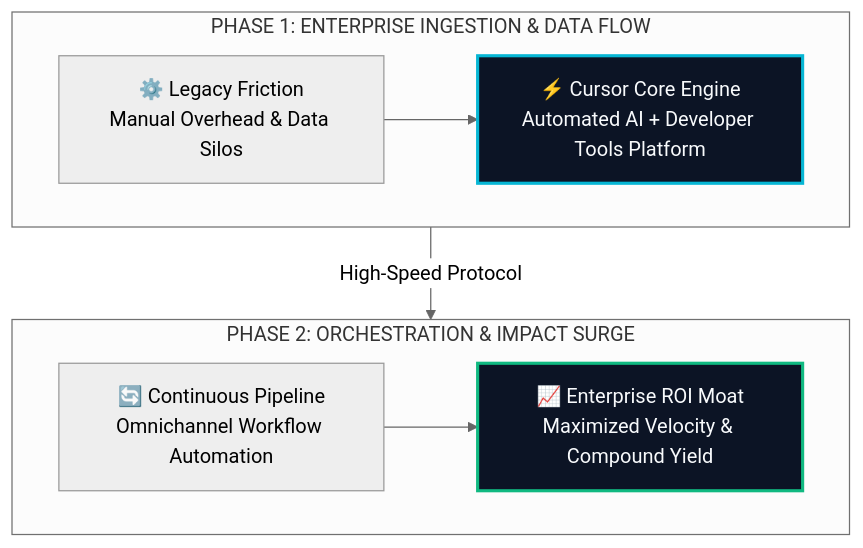
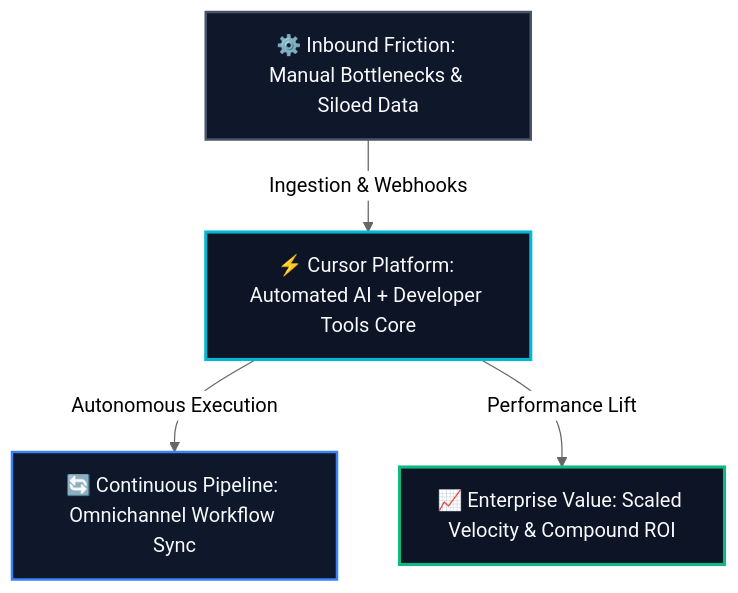
One commit to heliatech-media/saas-radar changed the diagram in site/src/content/blog/cursor-evolution-guide-2026.md. Above: the diagram before and after it, drawn with Mermaid (neutral theme). The commit also changed 93 other files, not shown here.

First line of the commit message:
fix(diagrams): resolve dagre-d3 subgraph collision by migrating to balanced 3-tier Hub & Spoke architecture

````diff
--- a/site/src/content/blog/cursor-evolution-guide-2026.md
+++ b/site/src/content/blog/cursor-evolution-guide-2026.md
@@ -52,14 +52,14 @@
 ```mermaid
 flowchart TD
-    subgraph S1["PHASE 1: ENTERPRISE INGESTION & DATA FLOW"]
-        direction LR
-        A["⚙️ Legacy Friction<br/>Manual Overhead & Data Silos"] --> B["⚡ Cursor Core Engine<br/>Automated AI + Developer Tools Platform"]
-    end
-    subgraph S2["PHASE 2: ORCHESTRATION & IMPACT SURGE"]
-        direction LR
-        C["🔄 Continuous Pipeline<br/>Omnichannel Workflow Automation"] --> D["📈 Enterprise ROI Moat<br/>Maximized Velocity & Compound Yield"]
-    end
-    S1 -->|High-Speed Protocol| S2
-    style B fill:#0c1425,stroke:#06b6d4,stroke-width:2.5px,color:#f8fafc
-    style D fill:#0c1425,stroke:#10b981,stroke-width:2.5px,color:#f8fafc
+    Inp["⚙️ Inbound Friction: Manual Bottlenecks & Siloed Data"]
+    Eng["⚡ Cursor Platform: Automated AI + Developer Tools Core"]
+    Out1["🔄 Continuous Pipeline: Omnichannel Workflow Sync"]
+    Out2["📈 Enterprise Value: Scaled Velocity & Compound ROI"]
+    Inp -->|Ingestion & Webhooks| Eng
+    Eng -->|Autonomous Execution| Out1
+    Eng -->|Performance Lift| Out2
+    style Inp fill:#0f172a,stroke:#475569,stroke-width:2px,color:#f8fafc
+    style Eng fill:#0c1425,stroke:#06b6d4,stroke-width:2.5px,color:#f8fafc
+    style Out1 fill:#0f172a,stroke:#3b82f6,stroke-width:2px,color:#f8fafc
+    style Out2 fill:#0c1425,stroke:#10b981,stroke-width:2.5px,color:#f8fafc
 ```
````
